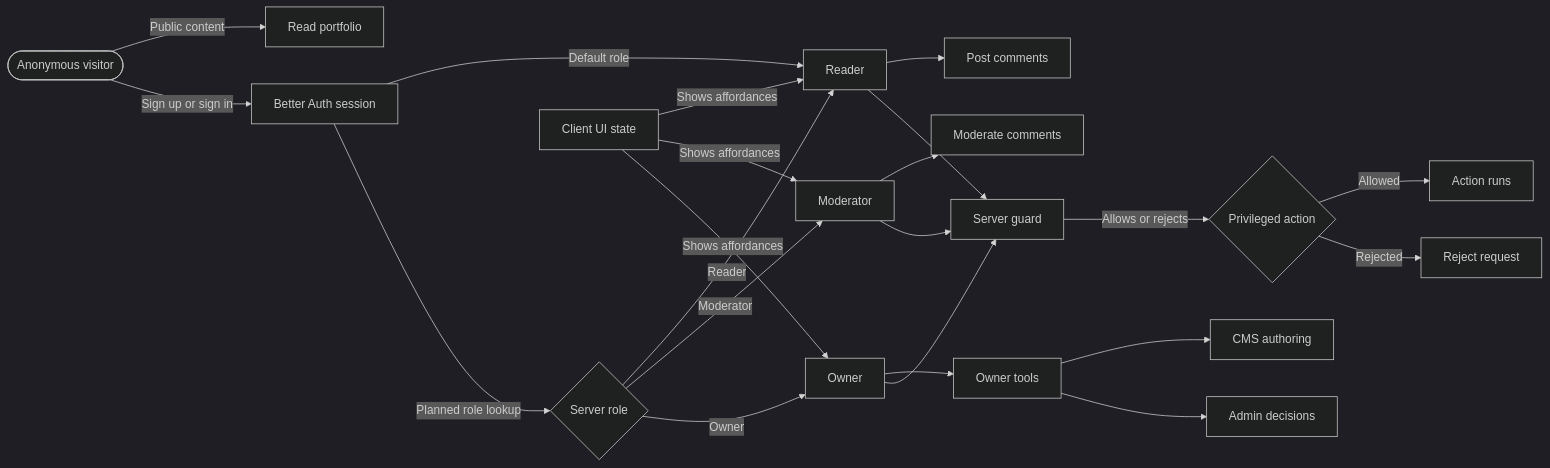
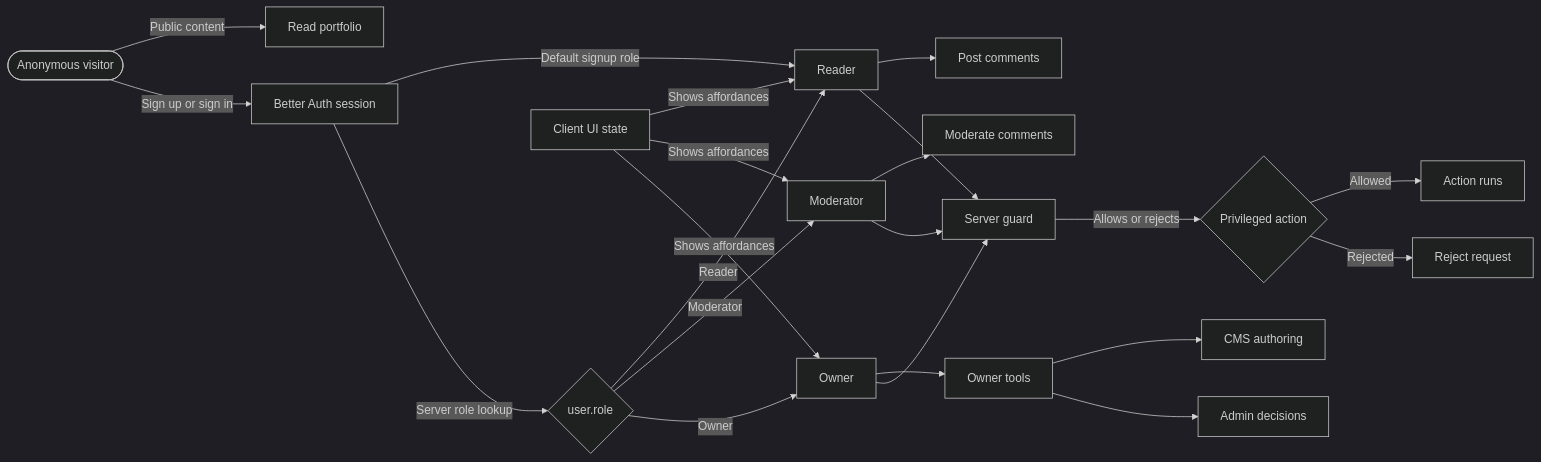
Before and after one commit to TheThouZands/portfolio: the diagram in analysis/design/diagrams/pf-diag-008-user-role-authorization-model.md, drawn with Mermaid (dark theme). The commit also changed other lines of this file and 33 other files, not shown here.

````diff
--- a/analysis/design/diagrams/pf-diag-008-user-role-authorization-model.md
+++ b/analysis/design/diagrams/pf-diag-008-user-role-authorization-model.md
@@ -22,28 +22,28 @@
 ```mermaid
 flowchart LR
   A(["Anonymous visitor"]) -->|"Public content"| B["Read portfolio"]
   A -->|"Sign up or sign in"| C["Better Auth session"]
 
-  C -->|"Default role"| D["Reader"]
-  C -->|"Planned role lookup"| E{"Server role"}
+  C -->|"Default signup role"| D["Reader"]
+  C -->|"Server role lookup"| E{"user.role"}
   E -->|"Reader"| D
   E -->|"Moderator"| F["Moderator"]
   E -->|"Owner"| G["Owner"]
 
   D --> H["Post comments"]
   F --> I["Moderate comments"]
   G --> J["Owner tools"]
   J --> K["CMS authoring"]
   J --> L["Admin decisions"]
 
   M["Client UI state"] -->|"Shows affordances"| D
   M -->|"Shows affordances"| F
   M -->|"Shows affordances"| G
 
   D --> N["Server guard"]
   F --> N
   G --> N
   N -->|"Allows or rejects"| O{"Privileged action"}
   O -->|"Allowed"| P["Action runs"]
   O -->|"Rejected"| Q["Reject request"]
 ```
````
